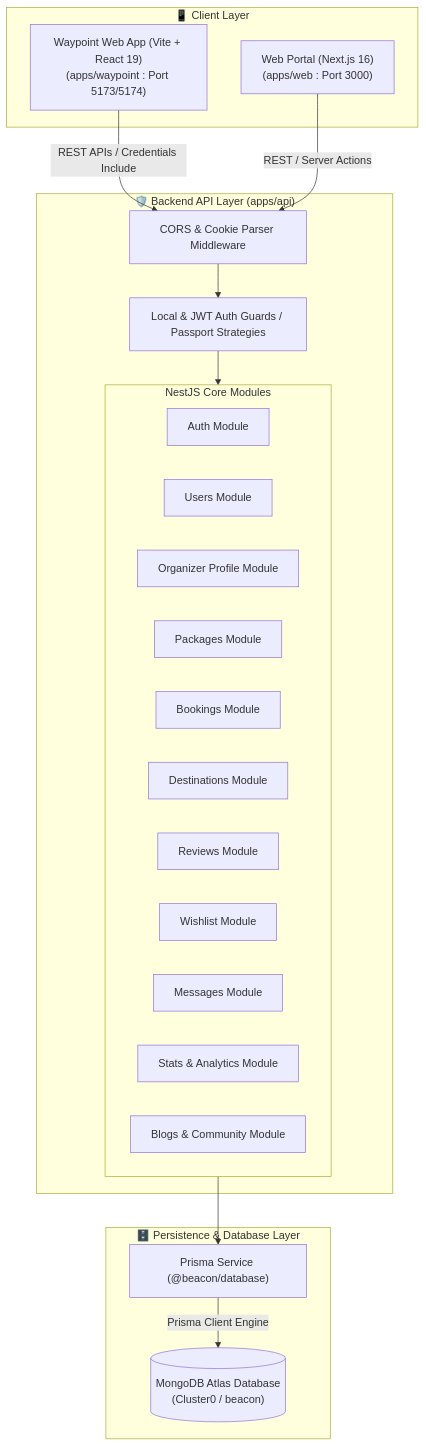
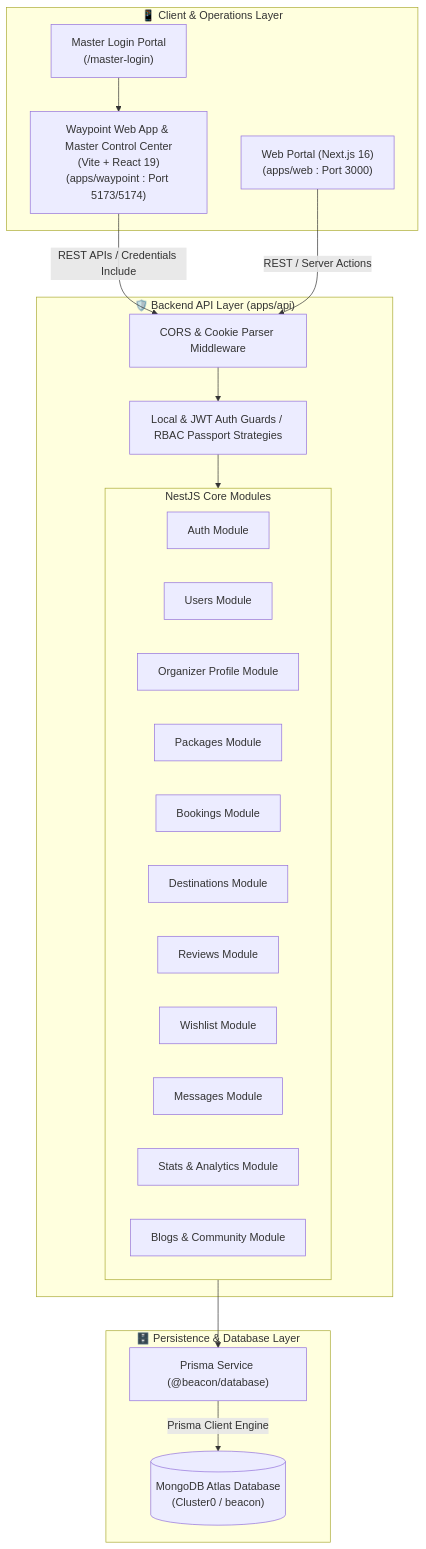
The first of 3 diagrams in README.md (sawantyash07/Beacon), drawn with Mermaid before and after one commit. The commit also changed other lines of this file and 19 other files, not shown here.

Commit message:
feat: implement Beacon Master Login & Mission Control Super Admin Portal (14 modules, RBAC & docs)

````diff
--- a/README.md
+++ b/README.md
@@ -80,40 +110,42 @@
 ```mermaid
 flowchart TB
-    subgraph Clients["📱 Client Layer"]
-        Waypoint["Waypoint Web App (Vite + React 19)\n(apps/waypoint : Port 5173/5174)"]
+    subgraph Clients["📱 Client & Operations Layer"]
+        Waypoint["Waypoint Web App & Master Control Center\n(Vite + React 19)\n(apps/waypoint : Port 5173/5174)"]
+        MasterLogin["Master Login Portal\n(/master-login)"]
         NextWeb["Web Portal (Next.js 16)\n(apps/web : Port 3000)"]
     end
 
     subgraph API_Gateway["🛡️ Backend API Layer (apps/api)"]
         CorsCookie["CORS & Cookie Parser Middleware"]
-        AuthGuards["Local & JWT Auth Guards / Passport Strategies"]
+        AuthGuards["Local & JWT Auth Guards / RBAC Passport Strategies"]
         
         subgraph Nest_Modules["NestJS Core Modules"]
             AuthMod["Auth Module"]
             UserMod["Users Module"]
             OrgMod["Organizer Profile Module"]
             PkgMod["Packages Module"]
             BookMod["Bookings Module"]
             DestMod["Destinations Module"]
             RevMod["Reviews Module"]
             WishMod["Wishlist Module"]
             MsgMod["Messages Module"]
             StatMod["Stats & Analytics Module"]
             BlogMod["Blogs & Community Module"]
         end
     end
 
     subgraph Data_Layer["🗄️ Persistence & Database Layer"]
         PrismaService["Prisma Service (@beacon/database)"]
         MongoAtlas[("MongoDB Atlas Database\n(Cluster0 / beacon)")]
     end
 
+    MasterLogin --> Waypoint
     Waypoint -->|REST APIs / Credentials Include| CorsCookie
     NextWeb -->|REST / Server Actions| CorsCookie
 
     CorsCookie --> AuthGuards
     AuthGuards --> Nest_Modules
 
     Nest_Modules --> PrismaService
     PrismaService -->|Prisma Client Engine| MongoAtlas
 ```
````
